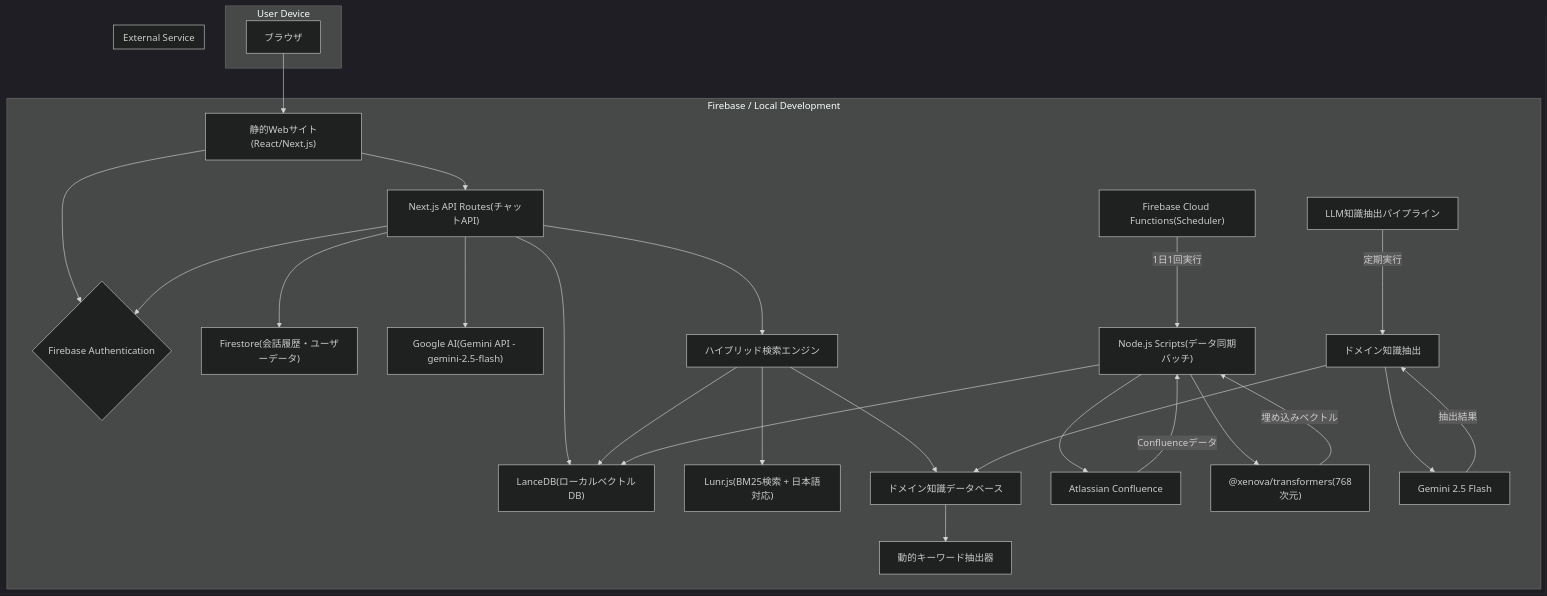
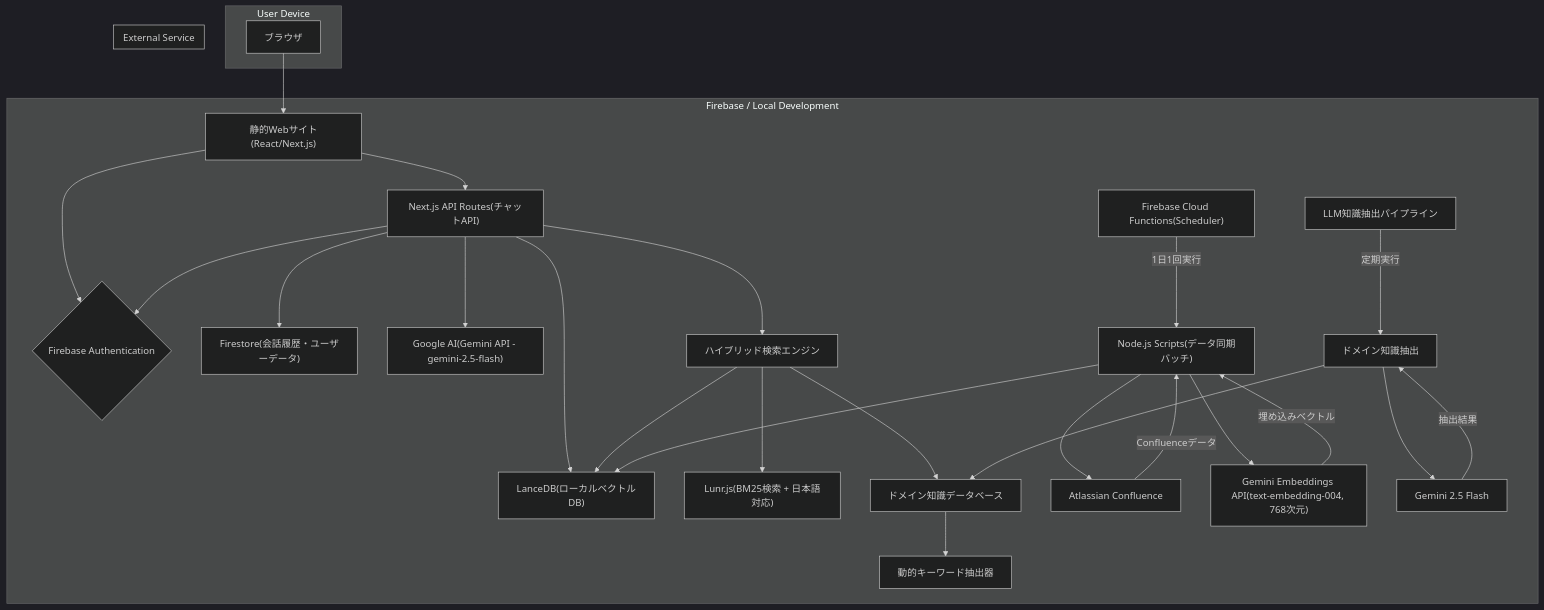
One commit to gucchon001/Confluence_firebase changed the diagram in docs/specifications/spec.md. Above: the diagram before and after it, drawn with Mermaid (dark theme). The commit also changed other lines of this file and 99 other files, not shown here.

````diff
--- a/docs/specifications/spec.md
+++ b/docs/specifications/spec.md
@@ -86,37 +86,37 @@
 ```mermaid
 graph TD
     subgraph User Device
         A[ブラウザ]
     end
 
     subgraph Firebase / Local Development
         B[Firebase Hosting] --> C{Firebase Authentication}
         A --> B["静的Webサイト(React/Next.js)"]
         B --> D["Next.js API Routes(チャットAPI)"]
         D --> C
         D --> E["Firestore(会話履歴・ユーザーデータ)"]
         D --> F["Google AI(Gemini API - gemini-2.5-flash)"]
         D --> G["LanceDB(ローカルベクトルDB)"]
         D --> L["ハイブリッド検索エンジン"]
         L --> G
         L --> M["Lunr.js(BM25検索 + 日本語対応)"]
         L --> N["ドメイン知識データベース"]
         N --> O["動的キーワード抽出器"]
 
         H["Firebase Cloud Functions(Scheduler)"] -- 1日1回実行 --> I["Node.js Scripts(データ同期バッチ)"]
         I --> J["Atlassian API"]
         J -- Confluenceデータ --> I
-        I --> K["@xenova/transformers(768次元)"]
+        I --> K["Gemini Embeddings API(text-embedding-004, 768次元)"]
         K -- 埋め込みベクトル --> I
         I --> G
         
         P["LLM知識抽出パイプライン"] -- 定期実行 --> Q["ドメイン知識抽出"]
         Q --> R["Gemini 2.5 Flash"]
         R -- 抽出結果 --> Q
         Q --> N
     end
 
     subgraph External Service
         J["Atlassian Confluence"]
     end
 ```
````
